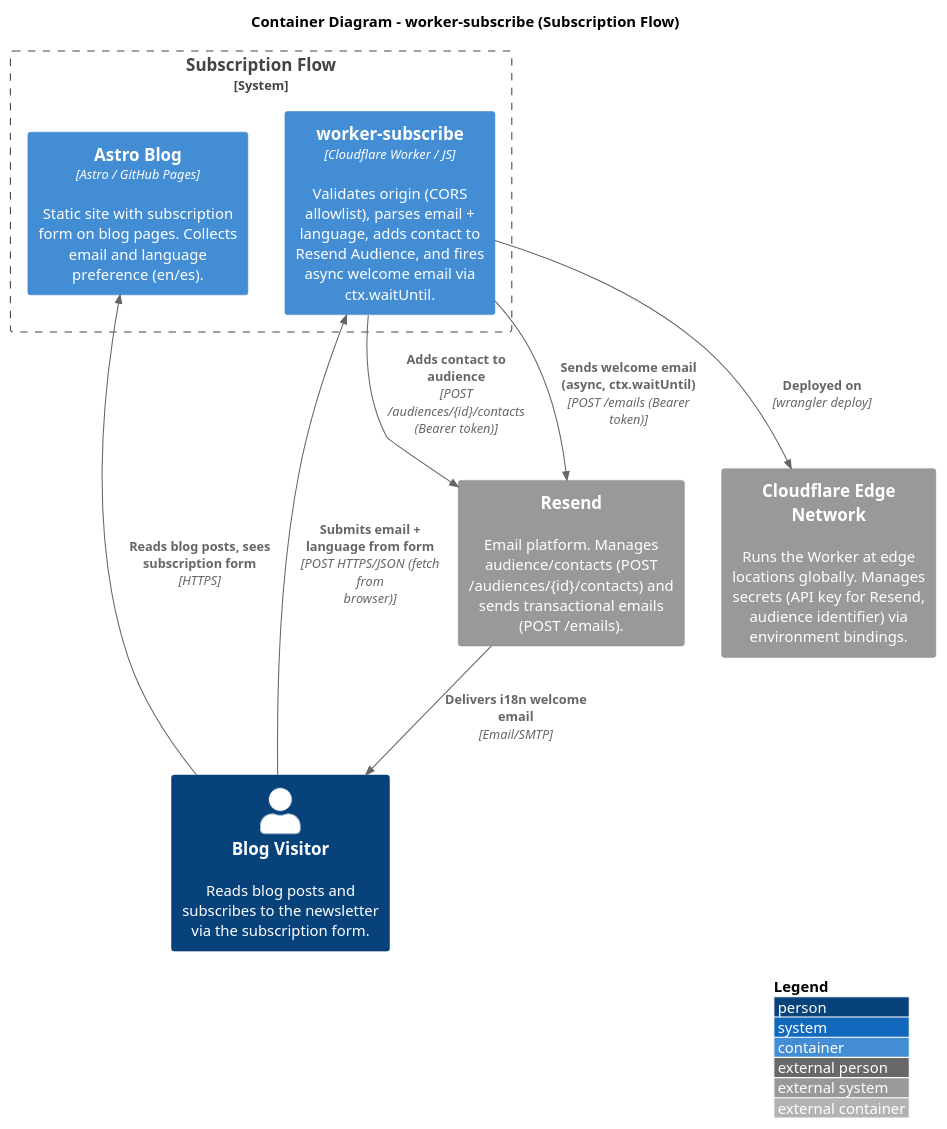
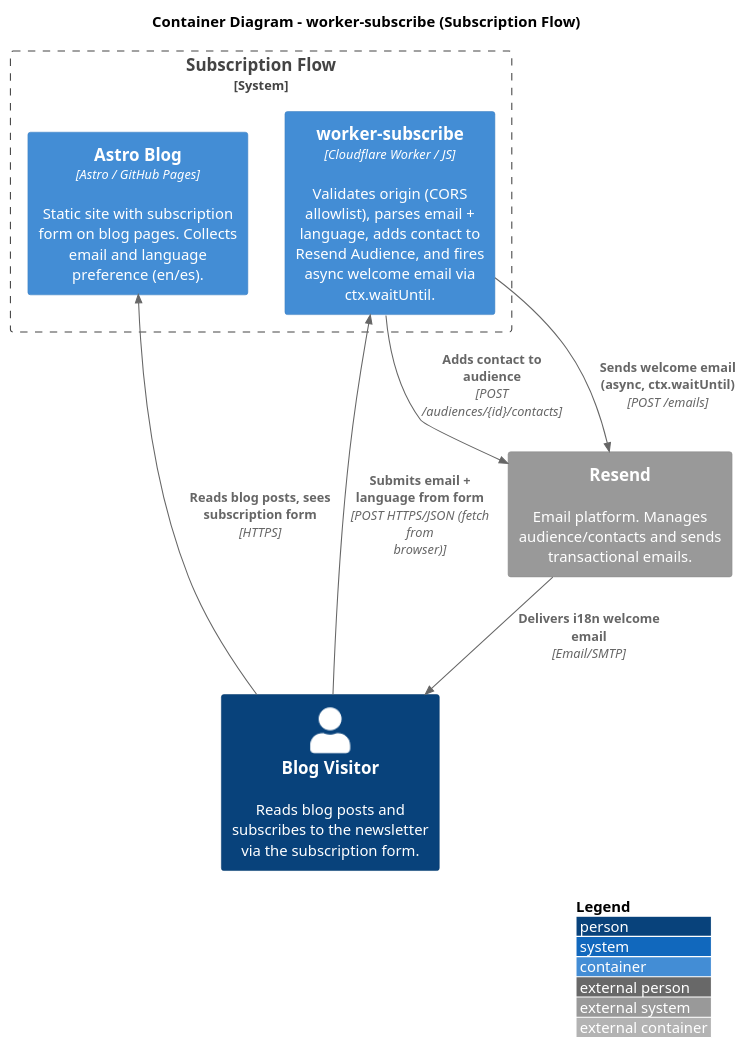
Before and after one commit to kiquetal/kiquetal.github.io: the diagram in public/blog/2026-08-12-newsletter-system-design/c4_2_container_worker_subscribe.puml, drawn with PlantUML. The commit also changed 3 other files, not shown here.

Commit message:
docs: simplify C4 diagrams — clean Level 1, remove secrets and infra noise from Level 2

```diff
--- a/public/blog/2026-08-12-newsletter-system-design/c4_2_container_worker_subscribe.puml
+++ b/public/blog/2026-08-12-newsletter-system-design/c4_2_container_worker_subscribe.puml
@@ -1,67 +1,63 @@
 @startuml C4_Level2_WorkerSubscribe
 ' =============================================================================
 ' C4 Level 2 — Container Diagram (worker-subscribe)
 ' =============================================================================
 ' Shows the deployable units involved in the subscription flow:
 ' Astro blog → Cloudflare Worker → Resend API → Subscriber.
 '
 ' AUDIENCE: Dev, DevOps — understanding the subscribe pipeline.
 ' =============================================================================
 
 !include https://raw.githubusercontent.com/plantuml-stdlib/C4-PlantUML/master/C4_Container.puml
 
 ' --- Layout ---
 LAYOUT_TOP_DOWN()
 LAYOUT_WITH_LEGEND()
 
 title Container Diagram - worker-subscribe (Subscription Flow)
 
 ' =============================================================================
 ' PEOPLE
 ' =============================================================================
 
 Person(subscriber, "Blog Visitor", "Reads blog posts and subscribes to the newsletter via the subscription form.")
 
 ' =============================================================================
 ' SYSTEM BOUNDARY — Subscription Flow
 ' =============================================================================
 
 System_Boundary(subscribe_system, "Subscription Flow") {
 
     ' --- Static Site (frontend) ---
     Container(astro_site, "Astro Blog", "Astro / GitHub Pages", "Static site with subscription form on blog pages. Collects email and language preference (en/es).")
 
     ' --- Cloudflare Worker ---
     Container(worker_subscribe, "worker-subscribe", "Cloudflare Worker / JS", "Validates origin (CORS allowlist), parses email + language, adds contact to Resend Audience, and fires async welcome email via ctx.waitUntil.")
 }
 
 ' =============================================================================
 ' EXTERNAL SYSTEMS
 ' =============================================================================
 
-System_Ext(resend, "Resend", "Email platform. Manages audience/contacts (POST /audiences/{id}/contacts) and sends transactional emails (POST /emails).")
-System_Ext(cloudflare, "Cloudflare Edge Network", "Runs the Worker at edge locations globally. Manages secrets (API key for Resend, audience identifier) via environment bindings.")
+System_Ext(resend, "Resend", "Email platform. Manages audience/contacts and sends transactional emails.")
 
 ' =============================================================================
 ' RELATIONSHIPS
 ' =============================================================================
 
 ' --- Visitor → Astro (reads content) ---
 Rel(subscriber, astro_site, "Reads blog posts, sees subscription form", "HTTPS")
 
 ' --- Visitor → Worker (form submission goes directly to Cloudflare) ---
 Rel(subscriber, worker_subscribe, "Submits email + language from form", "POST HTTPS/JSON (fetch from browser)")
 
 ' --- Worker → Resend (add contact) ---
-Rel(worker_subscribe, resend, "Adds contact to audience", "POST /audiences/{id}/contacts (Bearer token)")
+Rel(worker_subscribe, resend, "Adds contact to audience", "POST /audiences/{id}/contacts")
 
 ' --- Worker → Resend (welcome email) ---
-Rel(worker_subscribe, resend, "Sends welcome email (async, ctx.waitUntil)", "POST /emails (Bearer token)")
+Rel(worker_subscribe, resend, "Sends welcome email (async, ctx.waitUntil)", "POST /emails")
 
 ' --- Resend → Subscriber ---
 Rel(resend, subscriber, "Delivers i18n welcome email", "Email/SMTP")
 
-' --- Worker deployed on Cloudflare ---
-Rel(worker_subscribe, cloudflare, "Deployed on", "wrangler deploy")
-
 @enduml
```
